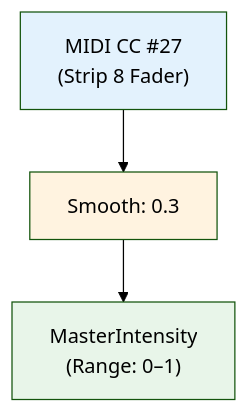
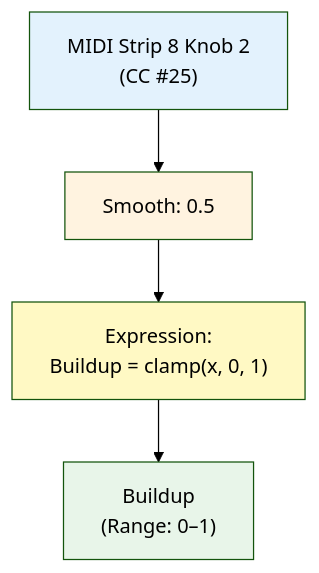
One commit to abossard/synesthesia-visuals changed the fourth of 17 diagrams in docs/mmv-master-pipeline-guide.md. Above: the diagram before and after it, drawn with Mermaid (forest theme). The commit also changed other lines of this file, not shown here.

````diff
--- a/docs/mmv-master-pipeline-guide.md
+++ b/docs/mmv-master-pipeline-guide.md
@@ -290,9 +160,11 @@
 ```mermaid
 flowchart TD
-    MIDI_FADER["MIDI CC #27<br/>(Strip 8 Fader)"] --> SMOOTH_M["Smooth: 0.3"]
-    SMOOTH_M --> MASTER_INT["MasterIntensity<br/>(Range: 0–1)"]
+    MIDI_B["MIDI Strip 8 Knob 2<br/>(CC #25)"] --> SMOOTH_B["Smooth: 0.5"]
+    SMOOTH_B --> EXPR_B["Expression:<br/>Buildup = clamp(x, 0, 1)"]
+    EXPR_B --> BUILDUP["Buildup<br/>(Range: 0–1)"]
     
-    style MIDI_FADER fill:#e3f2fd
-    style SMOOTH_M fill:#fff3e0
-    style MASTER_INT fill:#e8f5e9
+    style MIDI_B fill:#e3f2fd
+    style SMOOTH_B fill:#fff3e0
+    style EXPR_B fill:#fff9c4
+    style BUILDUP fill:#e8f5e9
 ```
````
